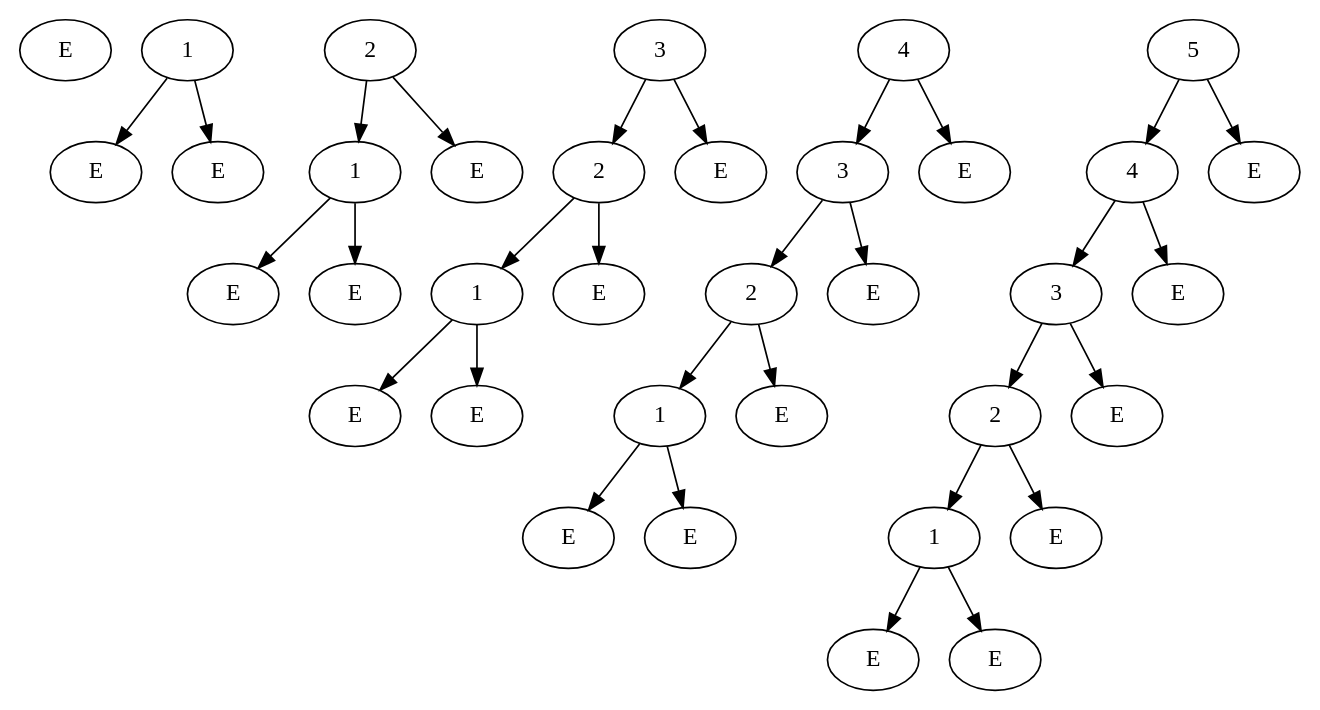
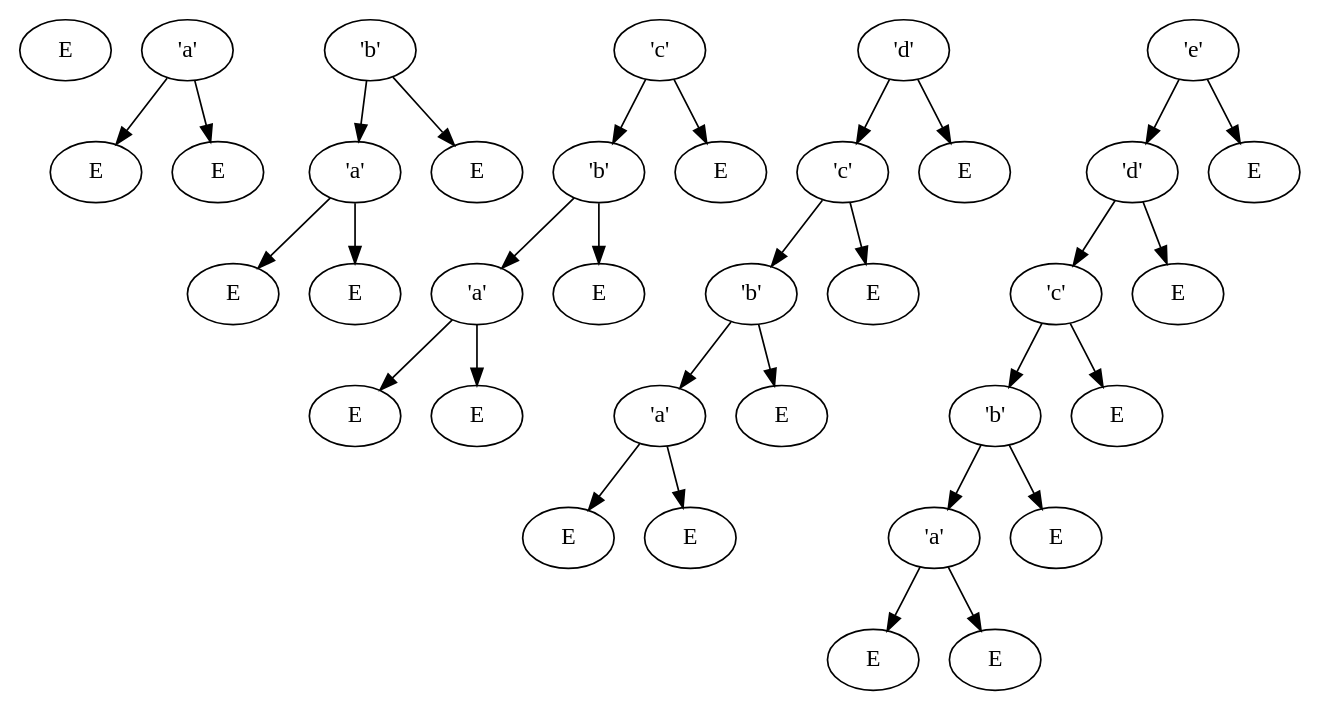
Before and after one commit to matonix/pfds: the diagram in src/PFDS/Sec5/Ex7.dot, drawn with Graphviz. The commit also changed 9 other files, not shown here.

```diff
--- a/src/PFDS/Sec5/Ex7.dot
+++ b/src/PFDS/Sec5/Ex7.dot
@@ -1,69 +1,69 @@
 digraph G {
 u1[label="E"];
-u3[label="1"];
+u3[label="'a'"];
 u4[label="E"];
 u5[label="E"];
-u7[label="2"];
-u8[label="1"];
+u7[label="'b'"];
+u8[label="'a'"];
 u9[label="E"];
 u10[label="E"];
 u11[label="E"];
-u13[label="3"];
-u14[label="2"];
-u15[label="1"];
+u13[label="'c'"];
+u14[label="'b'"];
+u15[label="'a'"];
 u16[label="E"];
 u17[label="E"];
 u18[label="E"];
 u19[label="E"];
-u21[label="4"];
-u22[label="3"];
-u23[label="2"];
-u24[label="1"];
+u21[label="'d'"];
+u22[label="'c'"];
+u23[label="'b'"];
+u24[label="'a'"];
 u25[label="E"];
 u26[label="E"];
 u27[label="E"];
 u28[label="E"];
 u29[label="E"];
-u31[label="5"];
-u32[label="4"];
-u33[label="3"];
-u34[label="2"];
-u35[label="1"];
+u31[label="'e'"];
+u32[label="'d'"];
+u33[label="'c'"];
+u34[label="'b'"];
+u35[label="'a'"];
 u36[label="E"];
 u37[label="E"];
 u38[label="E"];
 u39[label="E"];
 u40[label="E"];
 u41[label="E"];
 u3 -> u4[label=""];
 u3 -> u5[label=""];
 u7 -> u8[label=""];
 u7 -> u11[label=""];
 u8 -> u9[label=""];
 u8 -> u10[label=""];
 u13 -> u14[label=""];
 u13 -> u19[label=""];
 u14 -> u15[label=""];
 u14 -> u18[label=""];
 u15 -> u16[label=""];
 u15 -> u17[label=""];
 u21 -> u22[label=""];
 u21 -> u29[label=""];
 u22 -> u23[label=""];
 u22 -> u28[label=""];
 u23 -> u24[label=""];
 u23 -> u27[label=""];
 u24 -> u25[label=""];
 u24 -> u26[label=""];
 u31 -> u32[label=""];
 u31 -> u41[label=""];
 u32 -> u33[label=""];
 u32 -> u40[label=""];
 u33 -> u34[label=""];
 u33 -> u39[label=""];
 u34 -> u35[label=""];
 u34 -> u38[label=""];
 u35 -> u36[label=""];
 u35 -> u37[label=""];
 
 }
```
